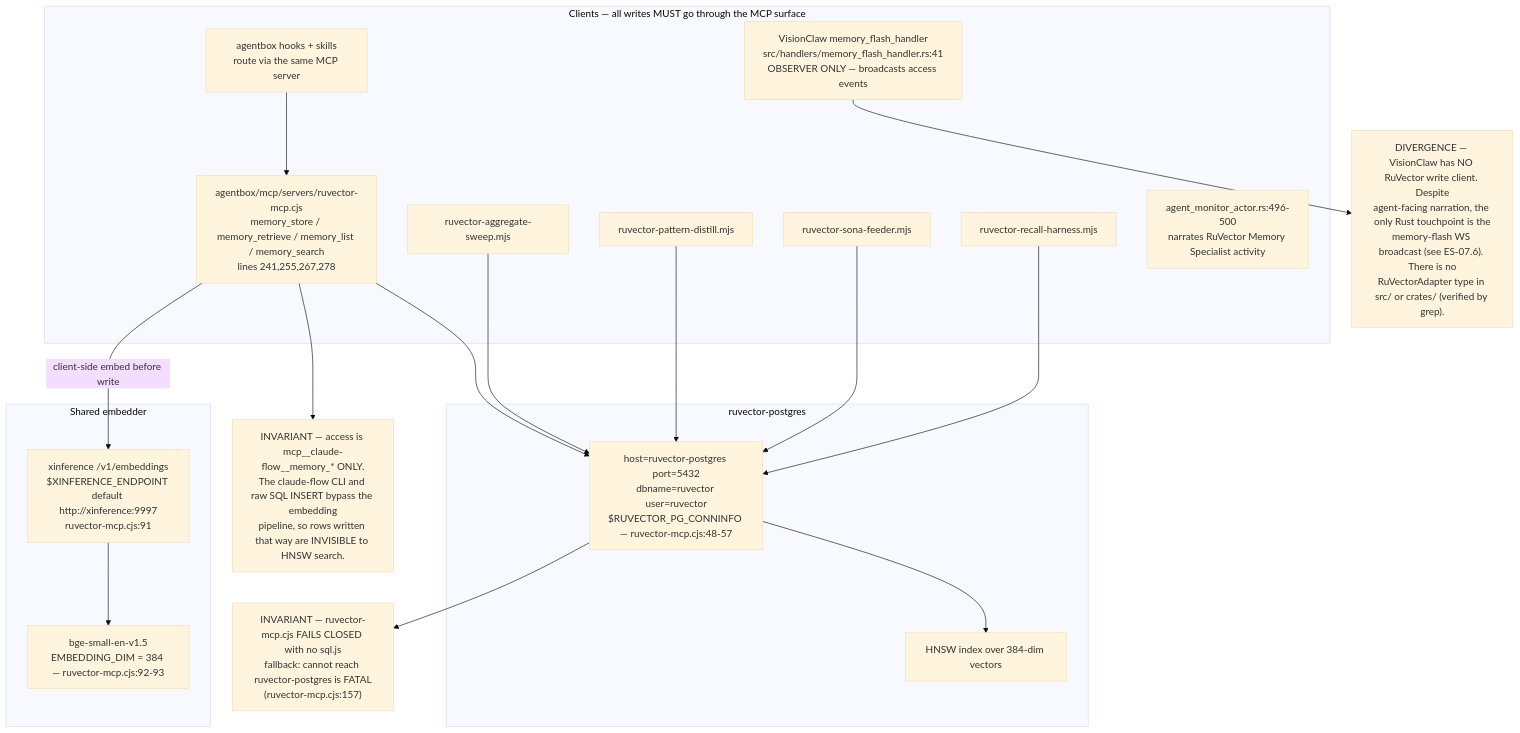
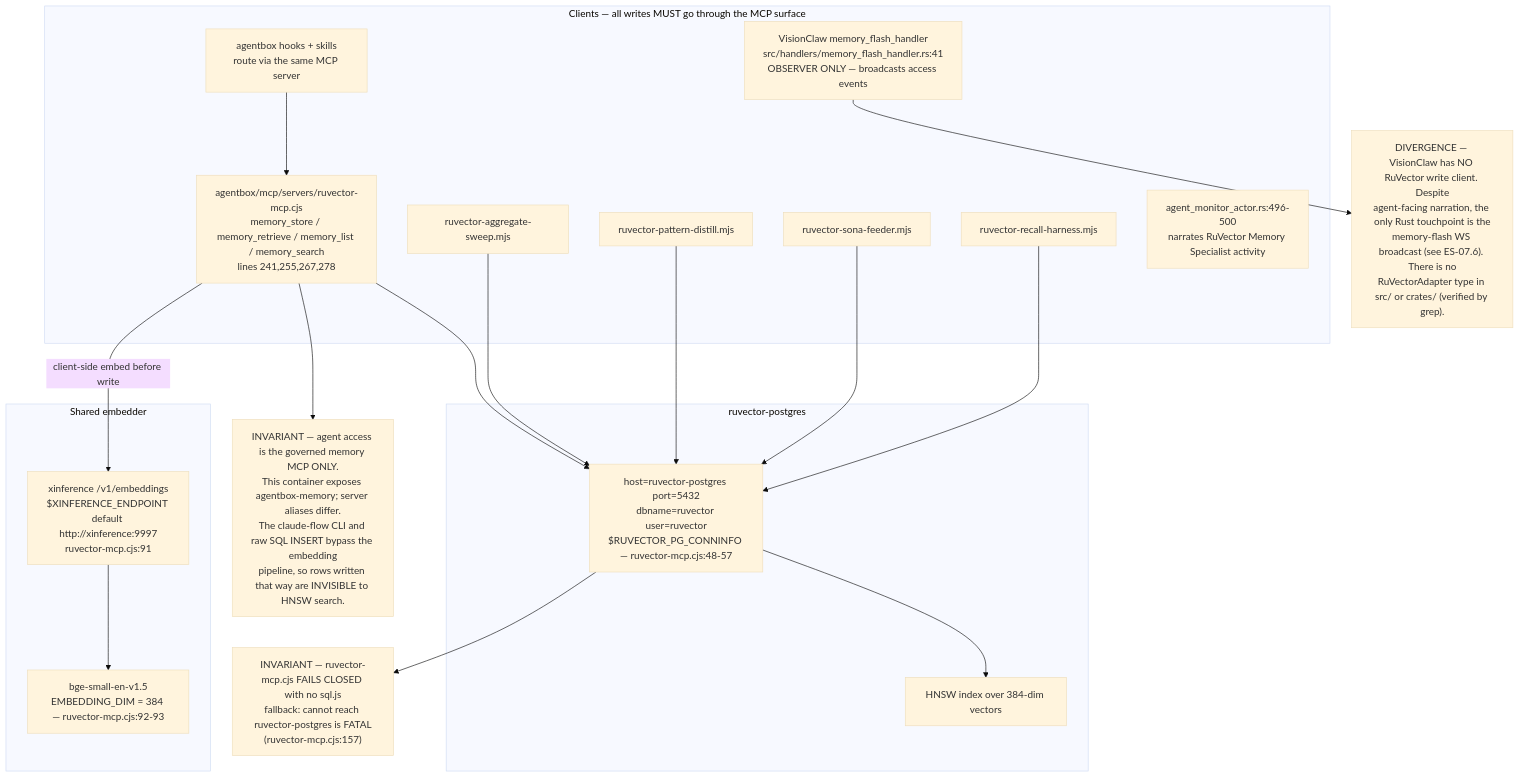
The first of 9 diagrams in docs/diagrams/estate/07-memory-and-embedding-estate.md (DreamLab-AI/VisionFlow), drawn with Mermaid (base theme) before and after one commit. The commit also changed other lines of this file and 185 other files, not shown here.

Commit message:
docs(estate): reconcile diagrams and ADRs with source and define closeout sprint

````diff
--- a/docs/diagrams/estate/07-memory-and-embedding-estate.md
+++ b/docs/diagrams/estate/07-memory-and-embedding-estate.md
@@ -25,39 +25,39 @@
 ```mermaid
 flowchart TB
     subgraph clients["Clients — all writes MUST go through the MCP surface"]
         MCP["agentbox/mcp/servers/ruvector-mcp.cjs<br/>memory_store / memory_retrieve / memory_list / memory_search<br/>lines 241,255,267,278"]
         HOOKS["agentbox hooks + skills<br/>route via the same MCP server"]
         SWEEP["ruvector-aggregate-sweep.mjs"]
         DISTILL["ruvector-pattern-distill.mjs"]
         SONA["ruvector-sona-feeder.mjs"]
         HARNESS["ruvector-recall-harness.mjs"]
         VCMF["VisionClaw memory_flash_handler<br/>src/handlers/memory_flash_handler.rs:41<br/>OBSERVER ONLY — broadcasts access events"]
         AMA["agent_monitor_actor.rs:496-500<br/>narrates RuVector Memory Specialist activity"]
     end
     subgraph store["ruvector-postgres"]
         PG["host=ruvector-postgres port=5432<br/>dbname=ruvector user=ruvector<br/>$RUVECTOR_PG_CONNINFO — ruvector-mcp.cjs:48-57"]
         HNSW["HNSW index over 384-dim vectors"]
     end
     subgraph embed["Shared embedder"]
         XI["xinference /v1/embeddings<br/>$XINFERENCE_ENDPOINT default http://xinference:9997<br/>ruvector-mcp.cjs:91"]
         MODEL["bge-small-en-v1.5<br/>EMBEDDING_DIM = 384 — ruvector-mcp.cjs:92-93"]
     end
 
     MCP --> PG
     HOOKS --> MCP
     SWEEP --> PG
     DISTILL --> PG
     SONA --> PG
     HARNESS --> PG
     PG --> HNSW
     MCP -- "client-side embed before write" --> XI
     XI --> MODEL
 
-    INV1["INVARIANT — access is mcp__claude-flow__memory_* ONLY.<br/>The claude-flow CLI and raw SQL INSERT bypass the embedding<br/>pipeline, so rows written that way are INVISIBLE to HNSW search."]
+    INV1["INVARIANT — agent access is the governed memory MCP ONLY.<br/>This container exposes agentbox-memory; server aliases differ.<br/>The claude-flow CLI and raw SQL INSERT bypass the embedding<br/>pipeline, so rows written that way are INVISIBLE to HNSW search."]
     INV2["INVARIANT — ruvector-mcp.cjs FAILS CLOSED with no sql.js<br/>fallback: cannot reach ruvector-postgres is FATAL<br/>(ruvector-mcp.cjs:157)"]
     DIV1["DIVERGENCE — VisionClaw has NO RuVector write client. Despite<br/>agent-facing narration, the only Rust touchpoint is the<br/>memory-flash WS broadcast (see ES-07.6). There is no<br/>RuVectorAdapter type in src/ or crates/ (verified by grep)."]
 
     MCP --> INV1
     PG --> INV2
     VCMF --> DIV1
 ```
````
